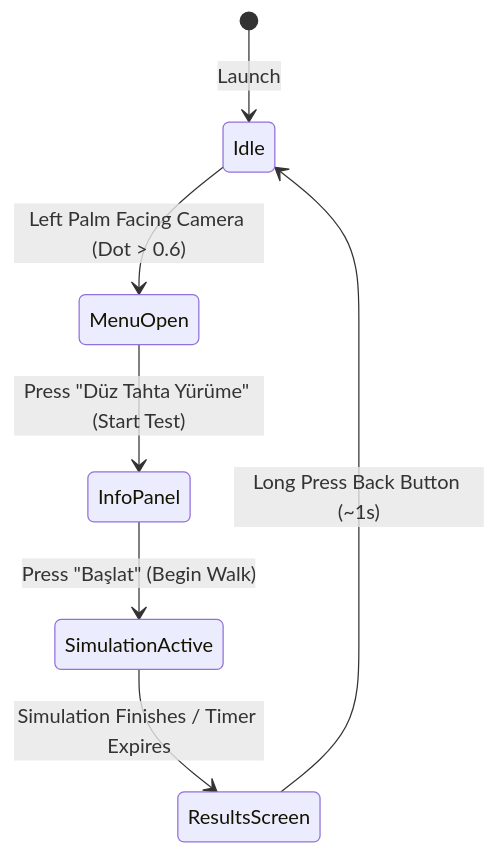
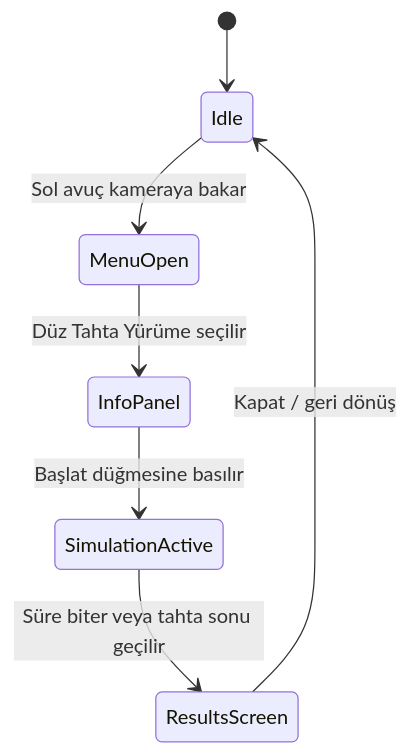
The diagram in README.md (emir01b/addictionSimVr), drawn with Mermaid before and after one commit. The commit also changed other lines of this file and 14 other files, not shown here.

````diff
--- a/README.md
+++ b/README.md
@@ -37,9 +120,9 @@
 ```mermaid
 stateDiagram-v2
-    [*] --> Idle : Launch
-    Idle --> MenuOpen : Left Palm Facing Camera (Dot > 0.6)
-    MenuOpen --> InfoPanel : Press "Düz Tahta Yürüme" (Start Test)
-    InfoPanel --> SimulationActive : Press "Başlat" (Begin Walk)
-    SimulationActive --> ResultsScreen : Simulation Finishes / Timer Expires
-    ResultsScreen --> Idle : Long Press Back Button (~1s)
+    [*] --> Idle
+    Idle --> MenuOpen: Sol avuç kameraya bakar
+    MenuOpen --> InfoPanel: Düz Tahta Yürüme seçilir
+    InfoPanel --> SimulationActive: Başlat düğmesine basılır
+    SimulationActive --> ResultsScreen: Süre biter veya tahta sonu geçilir
+    ResultsScreen --> Idle: Kapat / geri dönüş
 ```
````
